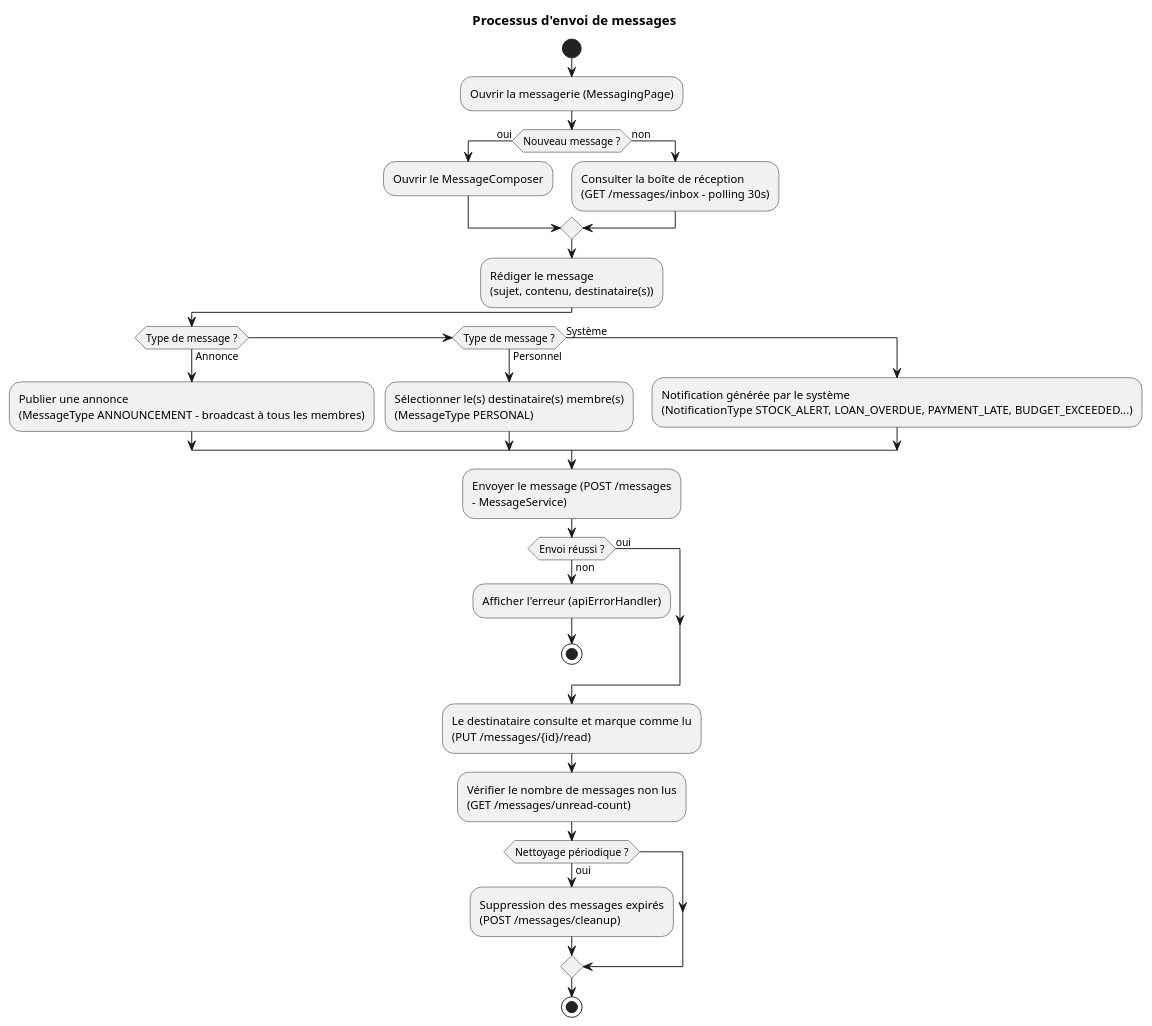
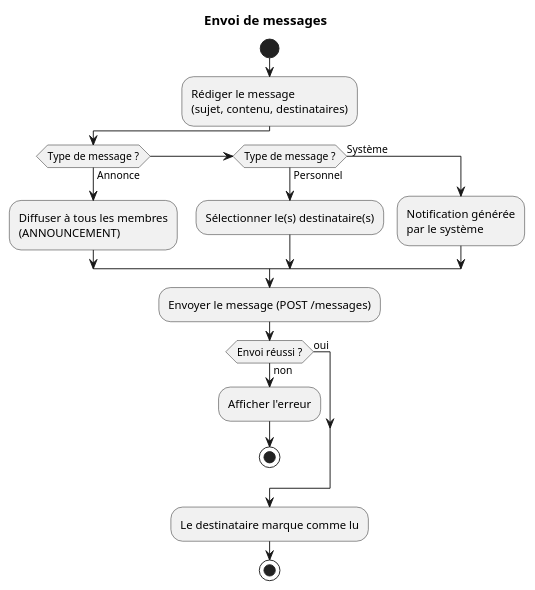
Before and after one commit to louvinx/sysgeca_documentation: the diagram in puml/figure24_processus_envoi_messages.puml, drawn with PlantUML. The commit also changed 12 other files, not shown here.

```diff
--- a/puml/figure24_processus_envoi_messages.puml
+++ b/puml/figure24_processus_envoi_messages.puml
@@ -1,42 +1,23 @@
 @startuml
-title Processus d'envoi de messages
+title Envoi de messages
 
 skinparam shadowing false
 
 start
-:Ouvrir la messagerie (MessagingPage);
-
-if (Nouveau message ?) then (oui)
-  :Ouvrir le MessageComposer;
-else (non)
-  :Consulter la boîte de réception\n(GET /messages/inbox - polling 30s);
+:Rédiger le message\n(sujet, contenu, destinataires);
+if (Type de message ?) then (Annonce)
+  :Diffuser à tous les membres\n(ANNOUNCEMENT);
+elseif (Type de message ?) then (Personnel)
+  :Sélectionner le(s) destinataire(s);
+else (Système)
+  :Notification générée\npar le système;
 endif
-
-:Rédiger le message\n(sujet, contenu, destinataire(s));
-
-if (Type de message ?) then (Annonce)
-  :Publier une annonce\n(MessageType ANNOUNCEMENT - broadcast à tous les membres);
-elseif (Type de message ?) then (Personnel)
-  :Sélectionner le(s) destinataire(s) membre(s)\n(MessageType PERSONAL);
-else (Système)
-  :Notification générée par le système\n(NotificationType STOCK_ALERT, LOAN_OVERDUE, PAYMENT_LATE, BUDGET_EXCEEDED...);
-endif
-
-:Envoyer le message (POST /messages\n- MessageService);
-
+:Envoyer le message (POST /messages);
 if (Envoi réussi ?) then (non)
-  :Afficher l'erreur (apiErrorHandler);
+  :Afficher l'erreur;
   stop
 else (oui)
 endif
-
-:Le destinataire consulte et marque comme lu\n(PUT /messages/{id}/read);
-
-:Vérifier le nombre de messages non lus\n(GET /messages/unread-count);
-
-if (Nettoyage périodique ?) then (oui)
-  :Suppression des messages expirés\n(POST /messages/cleanup);
-endif
-
+:Le destinataire marque comme lu;
 stop
 @enduml
```
